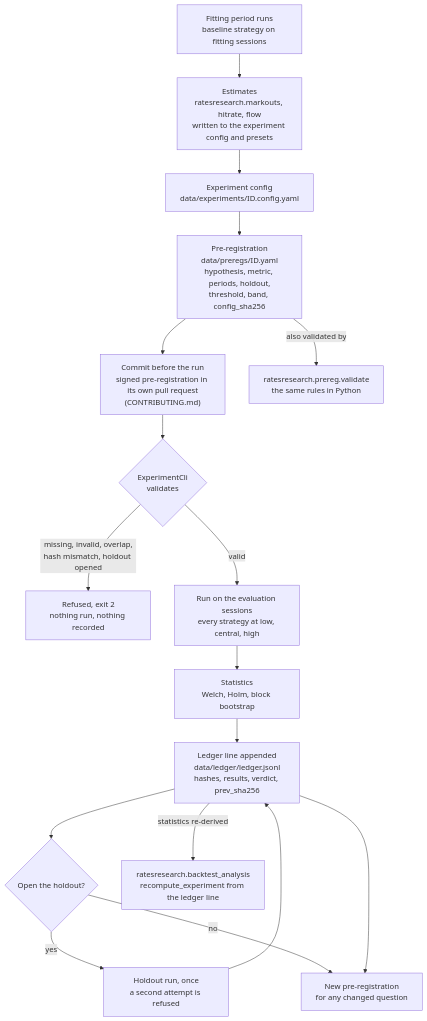
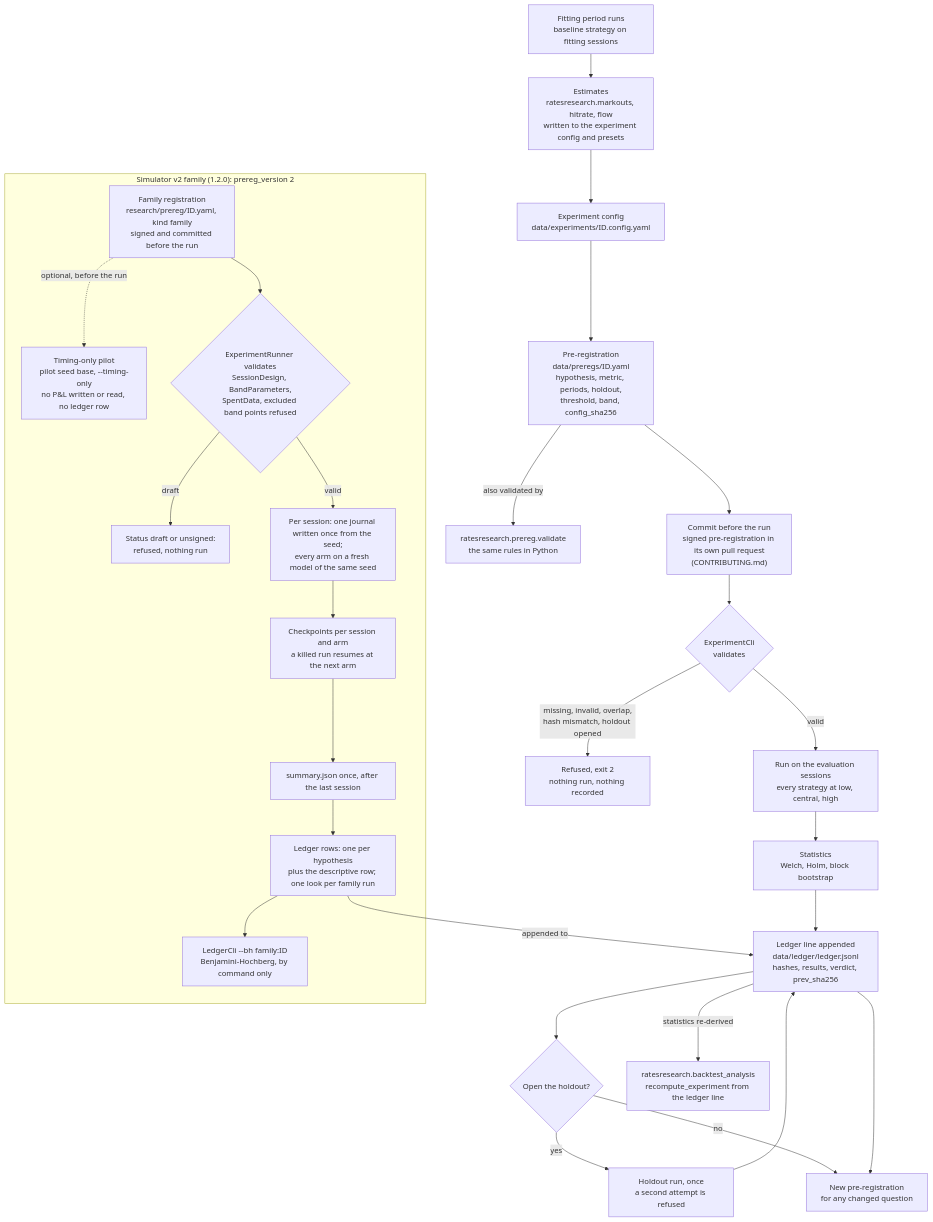
Before and after one commit to AshJha0/rates-algo-trading: the diagram in docs/diagrams/experiment_lifecycle.mmd, drawn with Mermaid. The commit also changed 16 other files, not shown here.

First line of the commit message:
docs(1.2.0): architecture, diagrams, benchmarks, runbooks, compliance and security for the v2 profile

```diff
--- a/docs/diagrams/experiment_lifecycle.mmd
+++ b/docs/diagrams/experiment_lifecycle.mmd
@@ -1,25 +1,42 @@
 flowchart TD
   fit["Fitting period runs<br/>baseline strategy on fitting sessions"]
   est["Estimates<br/>ratesresearch.markouts, hitrate, flow<br/>written to the experiment config and presets"]
   cfg["Experiment config<br/>data/experiments/ID.config.yaml"]
   pre["Pre-registration<br/>data/preregs/ID.yaml<br/>hypothesis, metric, periods, holdout,<br/>threshold, band, config_sha256"]
   commit["Commit before the run<br/>signed pre-registration in its own pull request<br/>(CONTRIBUTING.md)"]
   cli{"ExperimentCli<br/>validates"}
   refuse["Refused, exit 2<br/>nothing run, nothing recorded"]
   run["Run on the evaluation sessions<br/>every strategy at low, central, high"]
   stats["Statistics<br/>Welch, Holm, block bootstrap"]
   ledger["Ledger line appended<br/>data/ledger/ledger.jsonl<br/>hashes, results, verdict, prev_sha256"]
   holdout{"Open the holdout?"}
   once["Holdout run, once<br/>a second attempt is refused"]
   next["New pre-registration<br/>for any changed question"]
   pyval["ratesresearch.prereg.validate<br/>the same rules in Python"]
   recompute["ratesresearch.backtest_analysis<br/>recompute_experiment from the ledger line"]
 
   fit --> est --> cfg --> pre --> commit --> cli
   cli -->|missing, invalid, overlap,<br/>hash mismatch, holdout opened| refuse
   cli -->|valid| run --> stats --> ledger --> holdout
   holdout -->|yes| once --> ledger
   holdout -->|no| next
   ledger --> next
   pre -->|also validated by| pyval
   ledger -->|statistics re-derived| recompute
+
+  subgraph v2["Simulator v2 family (1.2.0): prereg_version 2"]
+    reg["Family registration<br/>research/prereg/ID.yaml, kind family<br/>signed and committed before the run"]
+    draft["Status draft or unsigned:<br/>refused, nothing run"]
+    pilot["Timing-only pilot<br/>pilot seed base, --timing-only<br/>no P&L written or read, no ledger row"]
+    runner{"ExperimentRunner validates<br/>SessionDesign, BandParameters,<br/>SpentData, excluded band points refused"}
+    sess["Per session: one journal written once from the seed;<br/>every arm on a fresh model of the same seed"]
+    ckpt["Checkpoints per session and arm<br/>a killed run resumes at the next arm"]
+    summary["summary.json once, after the last session"]
+    rows["Ledger rows: one per hypothesis<br/>plus the descriptive row; one look per family run"]
+    bh["LedgerCli --bh family:ID<br/>Benjamini-Hochberg, by command only"]
+  end
+  reg --> runner
+  reg -.->|optional, before the run| pilot
+  runner -->|draft| draft
+  runner -->|valid| sess --> ckpt --> summary --> rows --> bh
+  rows -->|appended to| ledger
```
